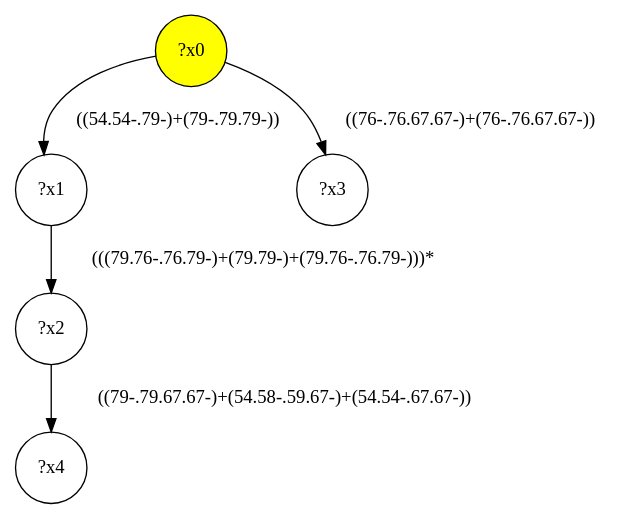
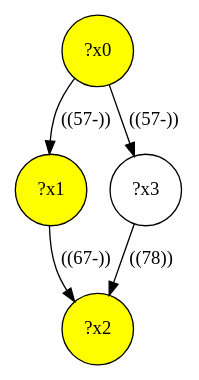
Before and after one commit to MathieuGicquel/federated-benchmark: the diagram in lib/gmark/demo/shop/shop-interface/query-24.dot, drawn with Graphviz. The commit also changed 361 other files, not shown here.

```diff
--- a/lib/gmark/demo/shop/shop-interface/query-24.dot
+++ b/lib/gmark/demo/shop/shop-interface/query-24.dot
@@ -1,11 +1,10 @@
 digraph g {
+	x1 [fillcolor="yellow", style="filled," shape=circle, label="?x1"];
+	x2 [fillcolor="yellow", style="filled," shape=circle, label="?x2"];
 	x0 [fillcolor="yellow", style="filled," shape=circle, label="?x0"];
-	x1 [shape=circle, label="?x1"];
-	x0 -> x1 [label="((54.54-.79-)+(79-.79.79-))"];
-	x2 [shape=circle, label="?x2"];
-	x1 -> x2 [label="(((79.76-.76.79-)+(79.79-)+(79.76-.76.79-)))*"];
+	x0 -> x1 [label="((57-))"];
+	x1 -> x2 [label="((67-))"];
 	x3 [shape=circle, label="?x3"];
-	x0 -> x3 [label="((76-.76.67.67-)+(76-.76.67.67-))"];
-	x4 [shape=circle, label="?x4"];
-	x2 -> x4 [label="((79-.79.67.67-)+(54.58-.59.67-)+(54.54-.67.67-))"];
+	x0 -> x3 [label="((57-))"];
+	x3 -> x2 [label="((78))"];
 }
```
